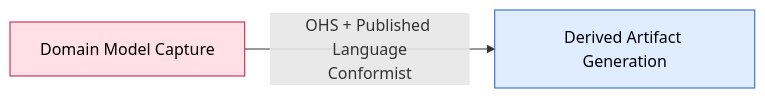
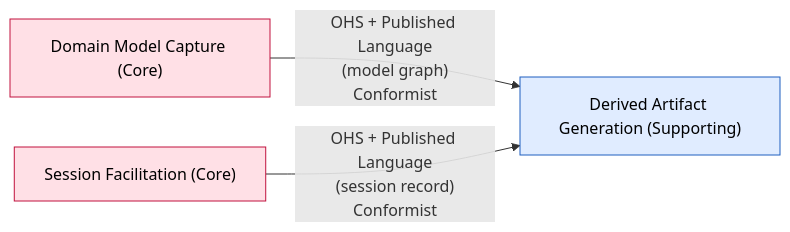
One commit to vinialbano/eventstormer changed the diagram in docs/domain/bounded-contexts/derived-artifact-generation/canvas.md. Above: the diagram before and after it, drawn with Mermaid. The commit also changed other lines of this file and 24 other files, not shown here.

````diff
--- a/docs/domain/bounded-contexts/derived-artifact-generation/canvas.md
+++ b/docs/domain/bounded-contexts/derived-artifact-generation/canvas.md
@@ -82,9 +175,11 @@
 ```mermaid
 flowchart LR
-  Capture["Domain Model Capture"] -->|"OHS + Published Language\nConformist"| This["Derived Artifact Generation"]
+  Capture["Domain Model Capture (Core)"] -->|"OHS + Published Language\n(model graph)\nConformist"| This["Derived Artifact Generation (Supporting)"]
+  Facil["Session Facilitation (Core)"] -->|"OHS + Published Language\n(session record)\nConformist"| This
 
   classDef core fill:#ffe0e6,stroke:#c1123e,color:#000
   classDef sup fill:#e0ecff,stroke:#1f5fbf,color:#000
+  class Capture core
+  class Facil core
   class This sup
-  class Capture core
 ```
````
